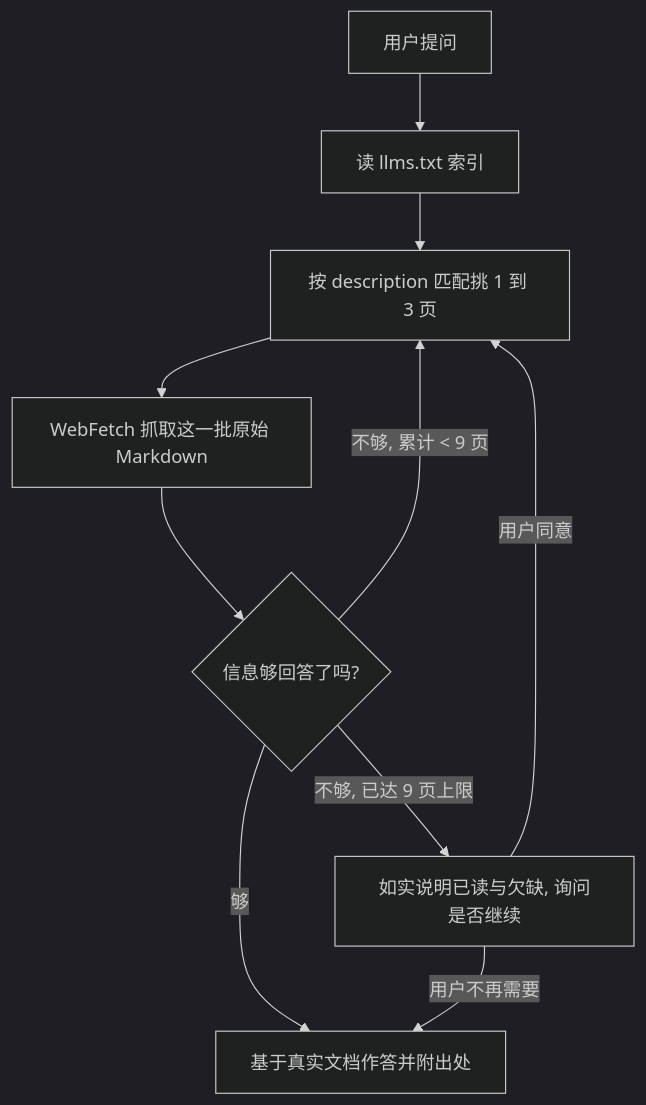
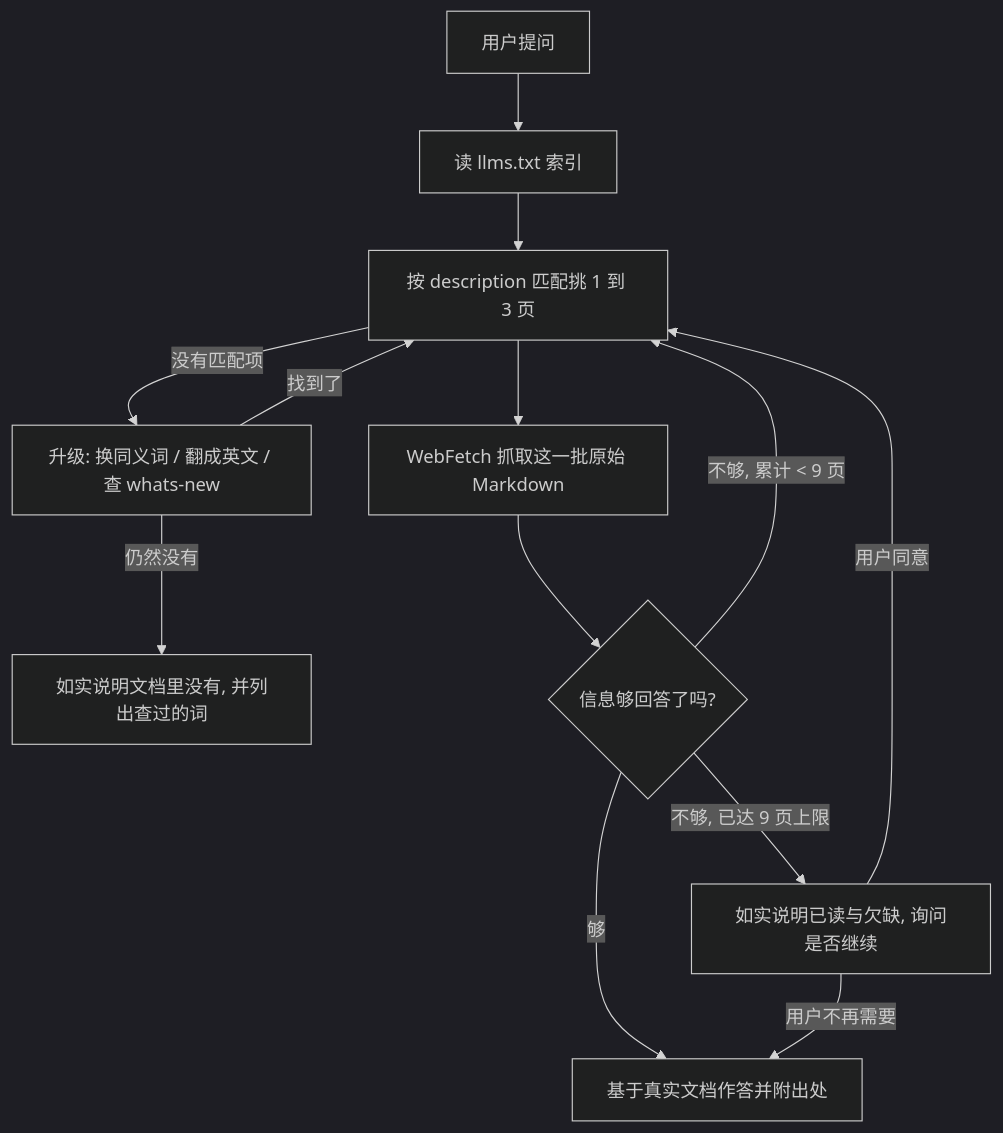
Before and after one commit to MacHu-GWU/shsk_coding_agent_docs-project: the diagram in .claude/skills/coding-agent-docs/skills/claude-code-docs/README-cn.md, drawn with Mermaid (dark theme). The commit also changed other lines of this file and 7 other files, not shown here.

````diff
--- a/.claude/skills/coding-agent-docs/skills/claude-code-docs/README-cn.md
+++ b/.claude/skills/coding-agent-docs/skills/claude-code-docs/README-cn.md
@@ -53,12 +62,15 @@
 ```mermaid
 flowchart TD
     A[用户提问] --> B[读 llms.txt 索引]
     B --> C[按 description 匹配挑 1 到 3 页]
+    C -->|没有匹配项| H[升级: 换同义词 / 翻成英文 / 查 whats-new]
+    H -->|找到了| C
+    H -->|仍然没有| I[如实说明文档里没有, 并列出查过的词]
     C --> D[WebFetch 抓取这一批原始 Markdown]
     D --> E{信息够回答了吗?}
     E -->|够| F[基于真实文档作答并附出处]
     E -->|不够, 累计 < 9 页| C
     E -->|不够, 已达 9 页上限| G[如实说明已读与欠缺, 询问是否继续]
     G -->|用户同意| C
     G -->|用户不再需要| F
 ```
````
